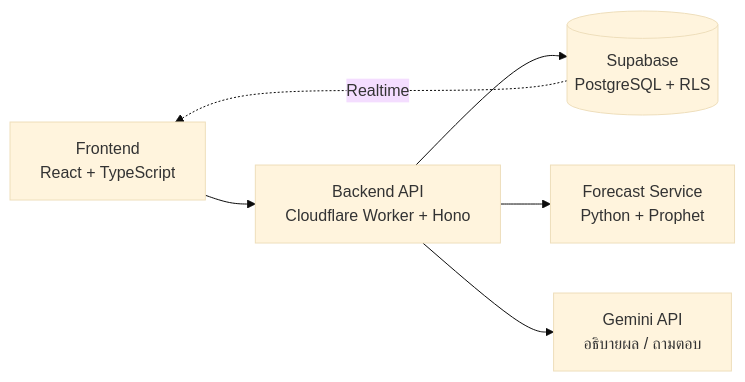
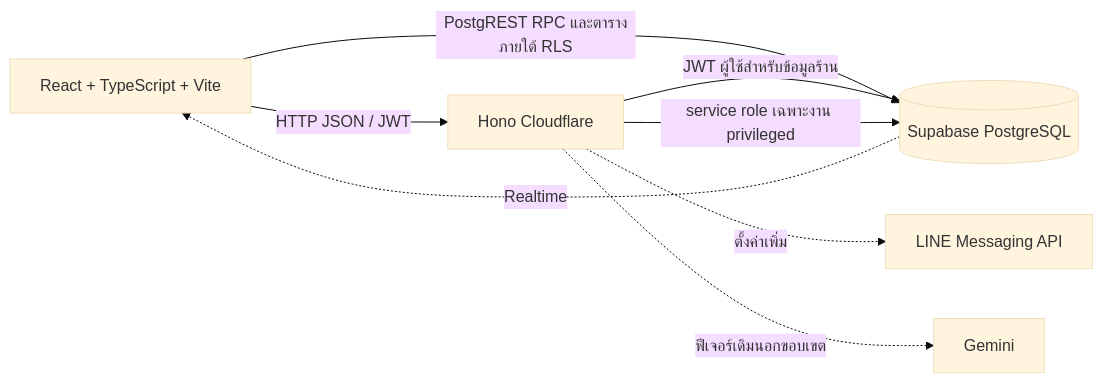
The first of 3 diagrams in docs/analysis-design.md (Nol2way/foodflow), drawn with Mermaid (base theme) before and after one commit. The commit also changed other lines of this file and 21 other files, not shown here.

````diff
--- a/docs/analysis-design.md
+++ b/docs/analysis-design.md
@@ -68,8 +17,10 @@
 ```mermaid
 flowchart LR
-    FE["Frontend<br/>React + TypeScript"] --> API["Backend API<br/>Cloudflare Worker + Hono"]
-    API --> DB[("Supabase<br/>PostgreSQL + RLS")]
-    API --> FC["Forecast Service<br/>Python + Prophet"]
-    API --> LLM["Gemini API<br/>อธิบายผล / ถามตอบ"]
-    DB -.->|"Realtime"| FE
+  FE[React + TypeScript + Vite] -->|HTTP JSON / JWT| API[Hono Cloudflare]
+  FE -->|PostgREST RPC และตารางภายใต้ RLS| DB[(Supabase PostgreSQL)]
+  API -->|JWT ผู้ใช้สำหรับข้อมูลร้าน| DB
+  API -->|service role เฉพาะงาน privileged| DB
+  DB -.->|Realtime| FE
+  API -.->|ตั้งค่าเพิ่ม| LINE[LINE Messaging API]
+  API -.->|ฟีเจอร์เดิมนอกขอบเขต| AI[Gemini]
 ```
````
